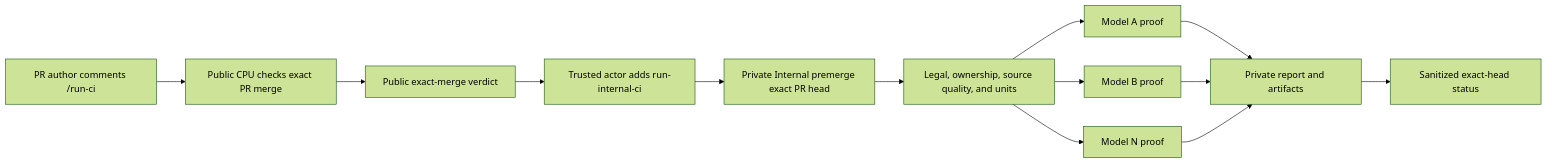
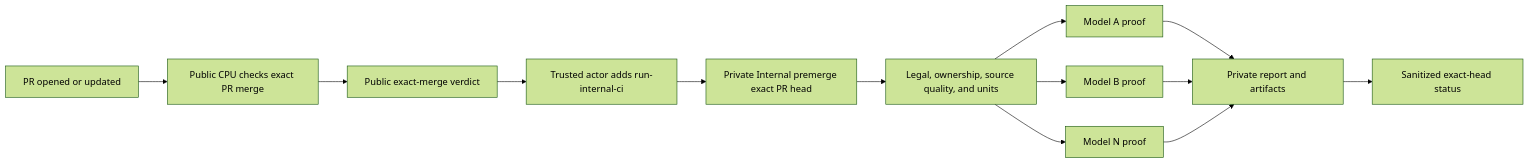
One commit to AbishekCoder1/TensorRT-Model-Connect changed the diagram in tools/ci/README.md. Above: the diagram before and after it, drawn with Mermaid (forest theme). The commit also changed other lines of this file and 7 other files, not shown here.

First line of the commit message:
ci(community): run public CPU checks on pull requests

````diff
--- a/tools/ci/README.md
+++ b/tools/ci/README.md
@@ -19,15 +19,15 @@
 ```mermaid
 flowchart LR
-    A[PR author comments /run-ci] --> B[Public CPU checks exact PR merge]
+    A[PR opened or updated] --> B[Public CPU checks exact PR merge]
     B --> C[Public exact-merge verdict]
     C --> D[Trusted actor adds run-internal-ci]
     D --> E[Private Internal premerge exact PR head]
     E --> F[Legal, ownership, source quality, and units]
     F --> G1[Model A proof]
     F --> G2[Model B proof]
     F --> GN[Model N proof]
     G1 --> H[Private report and artifacts]
     G2 --> H
     GN --> H
     H --> I[Sanitized exact-head status]
 ```
````
